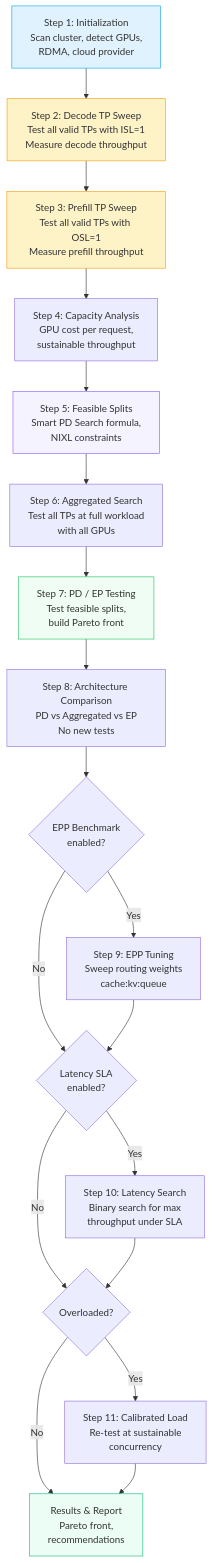
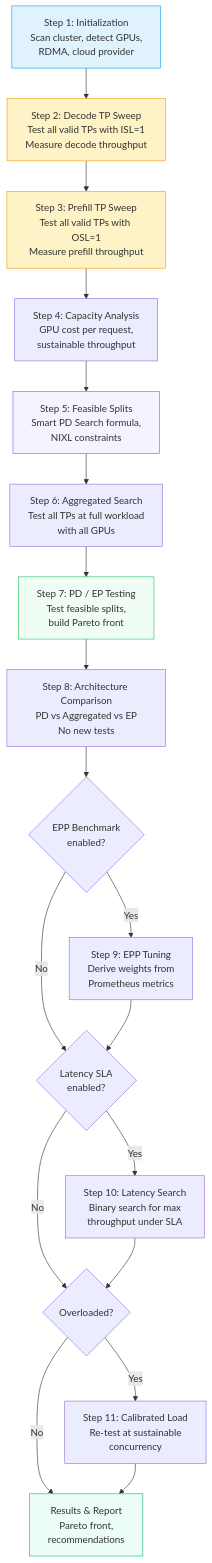
The second of 13 diagrams in docs/diagrams.md (openshift-psap/serveit-studio), drawn with Mermaid before and after one commit. The commit also changed other lines of this file, not shown here.

First line of the commit message:
Update diagrams.md with recent changes

````diff
--- a/docs/diagrams.md
+++ b/docs/diagrams.md
@@ -49,43 +49,43 @@
 ```mermaid
 flowchart TD
     S1[Step 1: Initialization<br>Scan cluster, detect GPUs,<br>RDMA, cloud provider] --> S2
 
     S2[Step 2: Decode TP Sweep<br>Test all valid TPs with ISL=1<br>Measure decode throughput] --> S3
 
     S3[Step 3: Prefill TP Sweep<br>Test all valid TPs with OSL=1<br>Measure prefill throughput] --> S4
 
     S4[Step 4: Capacity Analysis<br>GPU cost per request,<br>sustainable throughput] --> S5
 
     S5[Step 5: Feasible Splits<br>Smart PD Search formula,<br>NIXL constraints] --> S6
 
     S6[Step 6: Aggregated Search<br>Test all TPs at full workload<br>with all GPUs] --> S7
 
     S7[Step 7: PD / EP Testing<br>Test feasible splits,<br>build Pareto front] --> S8
 
     S8[Step 8: Architecture Comparison<br>PD vs Aggregated vs EP<br>No new tests] --> S9
 
     S9{EPP Benchmark<br>enabled?}
-    S9 -->|Yes| S9a[Step 9: EPP Tuning<br>Sweep routing weights<br>cache:kv:queue]
+    S9 -->|Yes| S9a[Step 9: EPP Tuning<br>Derive weights from<br>Prometheus metrics]
     S9 -->|No| S10
 
     S9a --> S10
 
     S10{Latency SLA<br>enabled?}
     S10 -->|Yes| S10a[Step 10: Latency Search<br>Binary search for max<br>throughput under SLA]
     S10 -->|No| S11
 
     S10a --> S11
 
     S11{Overloaded?}
     S11 -->|Yes| S11a[Step 11: Calibrated Load<br>Re-test at sustainable<br>concurrency]
     S11 -->|No| DONE
 
     S11a --> DONE[Results & Report<br>Pareto front,<br>recommendations]
 
     style S1 fill:#e0f2fe,stroke:#0ea5e9
     style S2 fill:#fef3c7,stroke:#f59e0b
     style S3 fill:#fef3c7,stroke:#f59e0b
     style S5 fill:#f5f3ff,stroke:#8b5cf6
     style S7 fill:#f0fdf4,stroke:#22c55e
     style DONE fill:#ecfdf5,stroke:#10b981
 ```
````
